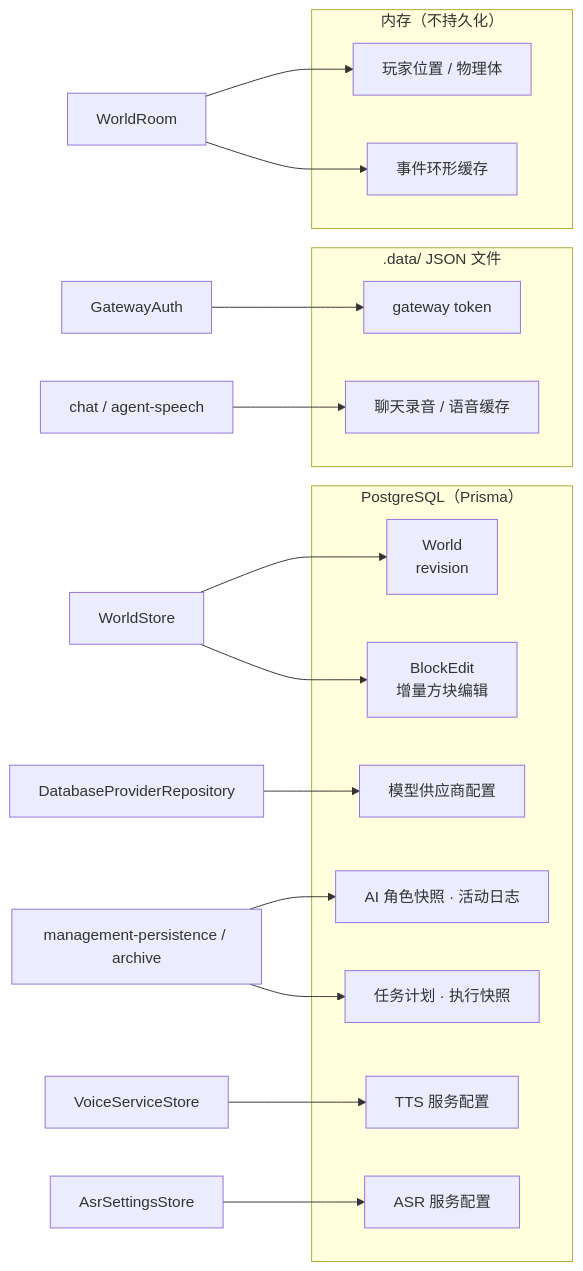
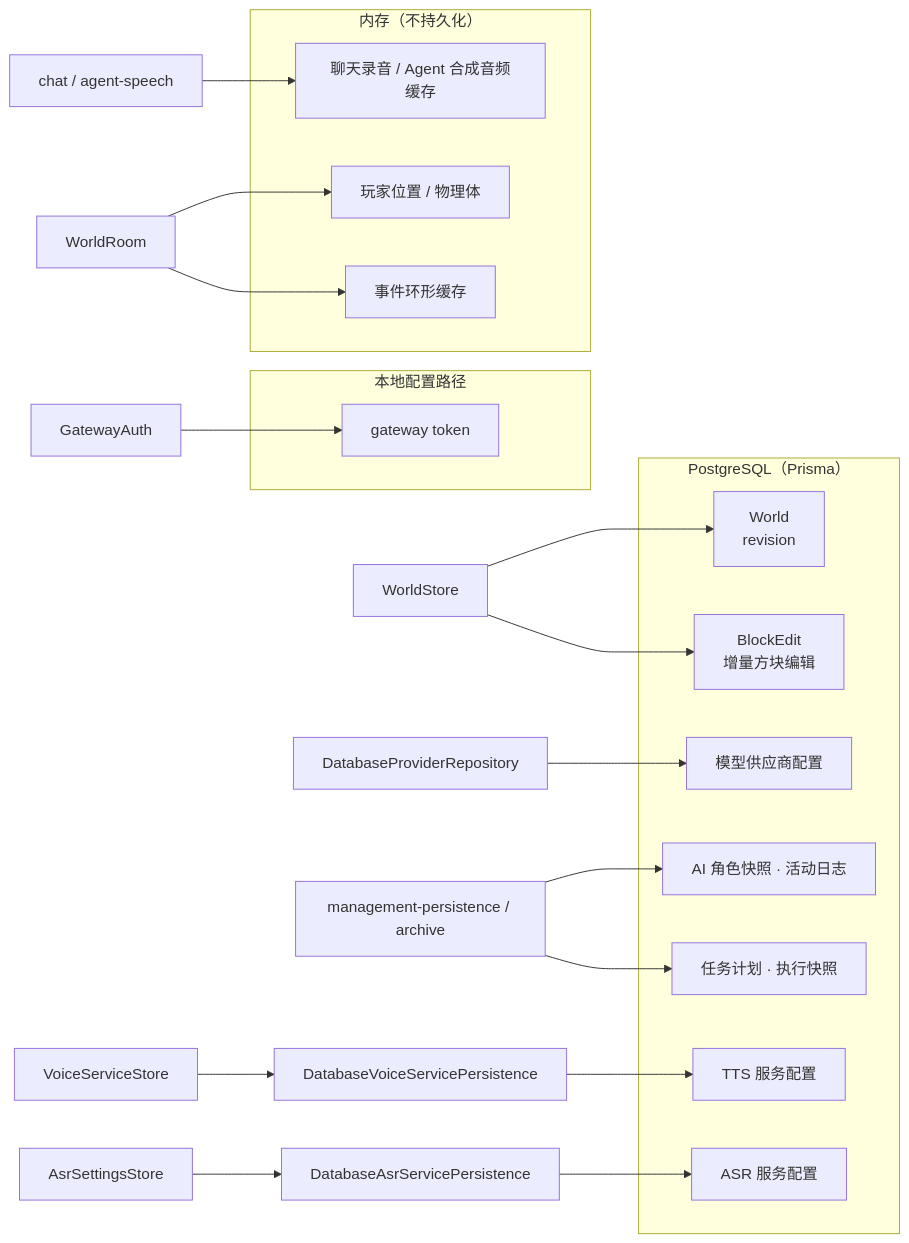
Before and after one commit to lulabs-org/embocraft: diagram 14 of 14 in docs/guide/architecture-diagrams.md, drawn with Mermaid. The commit also changed other lines of this file and 4 other files, not shown here.

````diff
--- a/docs/guide/architecture-diagrams.md
+++ b/docs/guide/architecture-diagrams.md
@@ -453,34 +456,34 @@
 ```mermaid
 graph LR
     subgraph PG["PostgreSQL（Prisma）"]
         WorldT["World<br/>revision"]
         EditT["BlockEdit<br/>增量方块编辑"]
         Prov["模型供应商配置"]
         Chars["AI 角色快照 · 活动日志"]
         TaskF["任务计划 · 执行快照"]
         VoiceF["TTS 服务配置"]
         ASRF["ASR 服务配置"]
     end
 
-    subgraph Files[".data/ JSON 文件"]
+    subgraph Files["本地配置路径"]
         Token["gateway token"]
-        Rec["聊天录音 / 语音缓存"]
     end
 
     subgraph Memory["内存（不持久化）"]
+        Rec["聊天录音 / Agent 合成音频缓存"]
         Players["玩家位置 / 物理体"]
         EvBuf["事件环形缓存"]
     end
 
     WorldStoreN["WorldStore"] --> WorldT
     WorldStoreN --> EditT
     DatabaseProviderRepoN["DatabaseProviderRepository"] --> Prov
-    VSN["VoiceServiceStore"] --> VoiceF
-    ASN["AsrSettingsStore"] --> ASRF
+    VSN["VoiceServiceStore"] --> VDB["DatabaseVoiceServicePersistence"] --> VoiceF
+    ASN["AsrSettingsStore"] --> ADB["DatabaseAsrServicePersistence"] --> ASRF
     GAN["GatewayAuth"] --> Token
     MP["management-persistence / archive"] --> Chars
     MP --> TaskF
     ChatN["chat / agent-speech"] --> Rec
     RoomN["WorldRoom"] --> Players
     RoomN --> EvBuf
 ```
````
